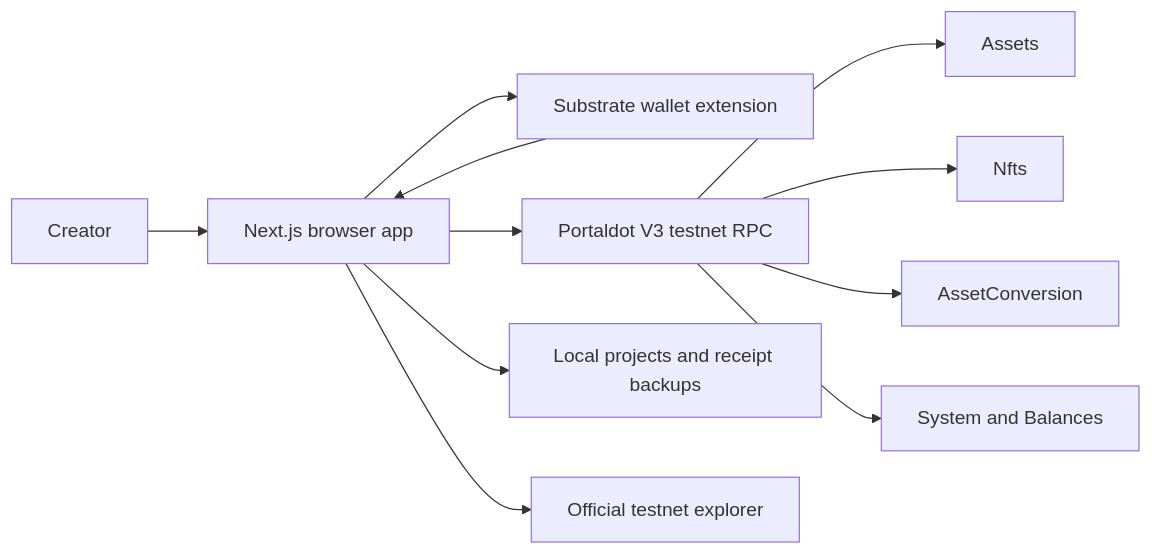
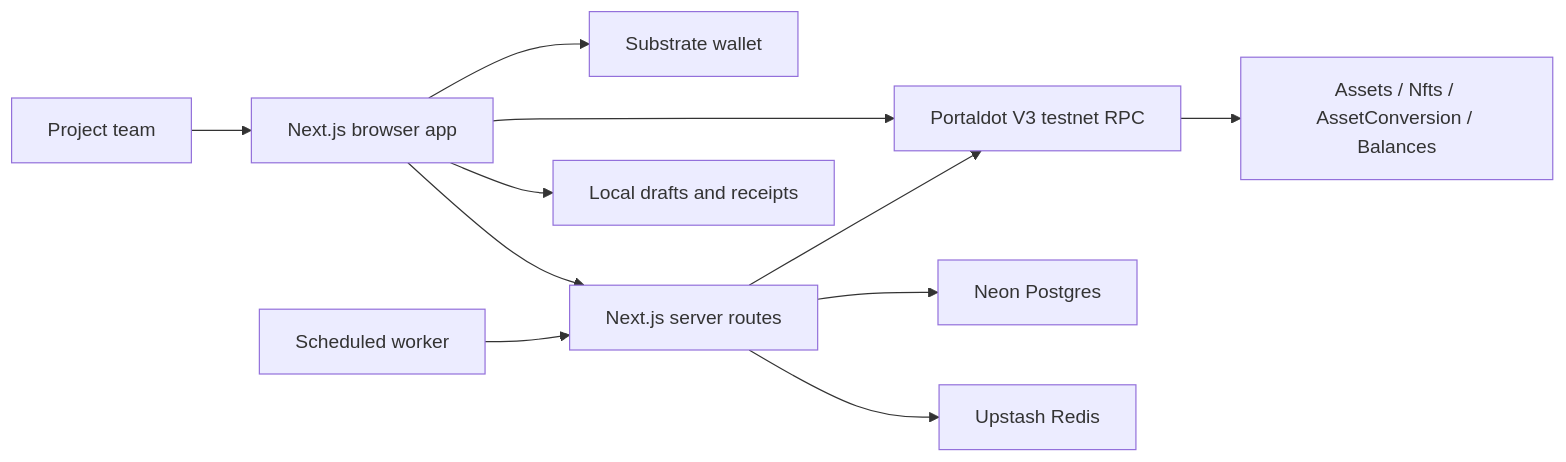
One commit to siyaind/portova changed the diagram in docs/ARCHITECTURE.md. Above: the diagram before and after it, drawn with Mermaid. The commit also changed other lines of this file and 20 other files, not shown here.

Commit message:
Consolidate project documentation and add product roadmap

````diff
--- a/docs/ARCHITECTURE.md
+++ b/docs/ARCHITECTURE.md
@@ -9,13 +5,13 @@
 ```mermaid
 flowchart LR
-  user[Creator] --> app[Next.js browser app]
-  app --> extension[Substrate wallet extension]
+  user[Project team] --> app[Next.js browser app]
+  app --> wallet[Substrate wallet]
   app --> rpc[Portaldot V3 testnet RPC]
-  extension --> app
-  app --> local[Local projects and receipt backups]
-  rpc --> assets[Assets]
-  rpc --> nfts[Nfts]
-  rpc --> pools[AssetConversion]
-  rpc --> balances[System and Balances]
-  app --> explorer[Official testnet explorer]
+  app --> api[Next.js server routes]
+  app --> local[Local drafts and receipts]
+  api --> db[Neon Postgres]
+  api --> redis[Upstash Redis]
+  api --> rpc
+  worker[Scheduled worker] --> api
+  rpc --> pallets[Assets / Nfts / AssetConversion / Balances]
 ```
````
